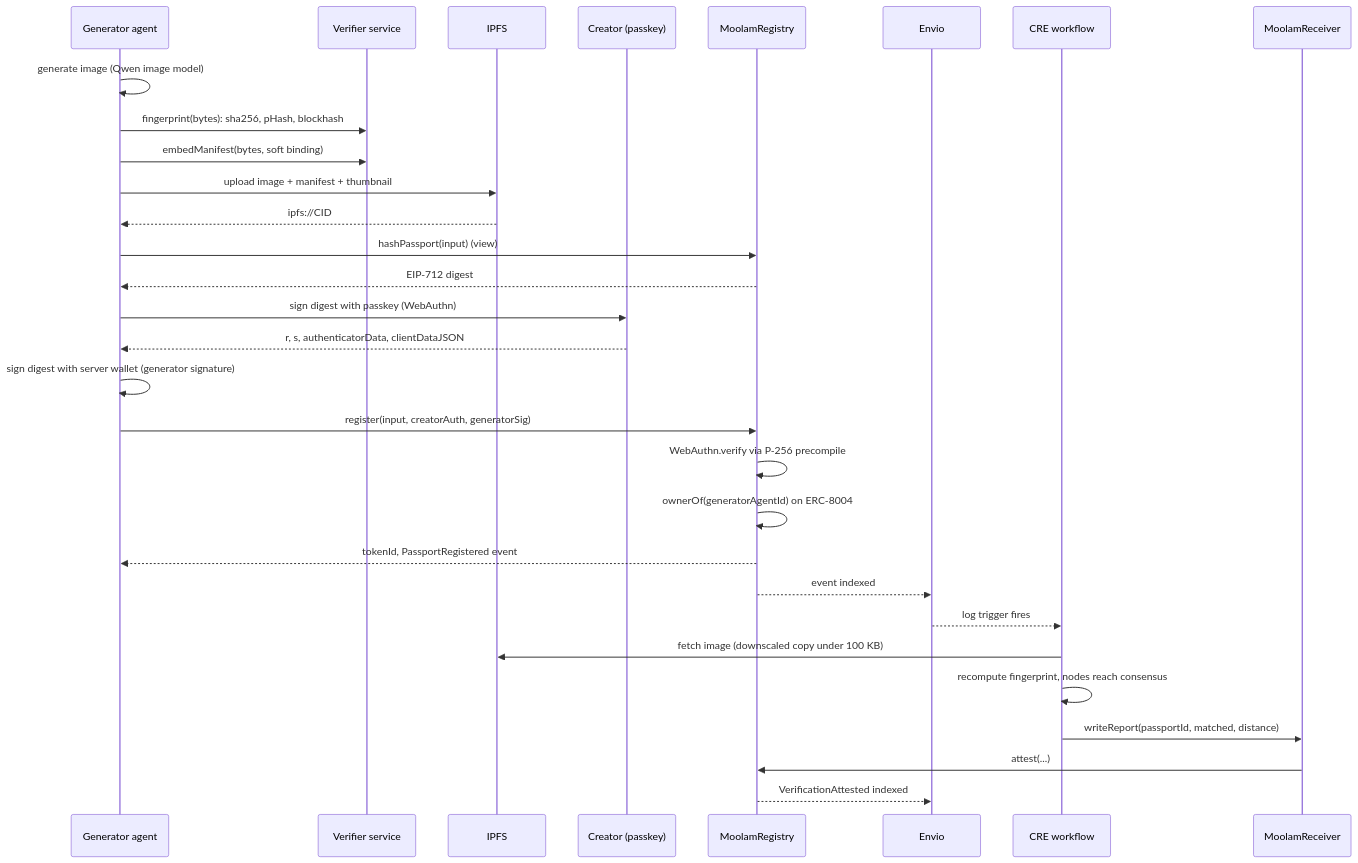
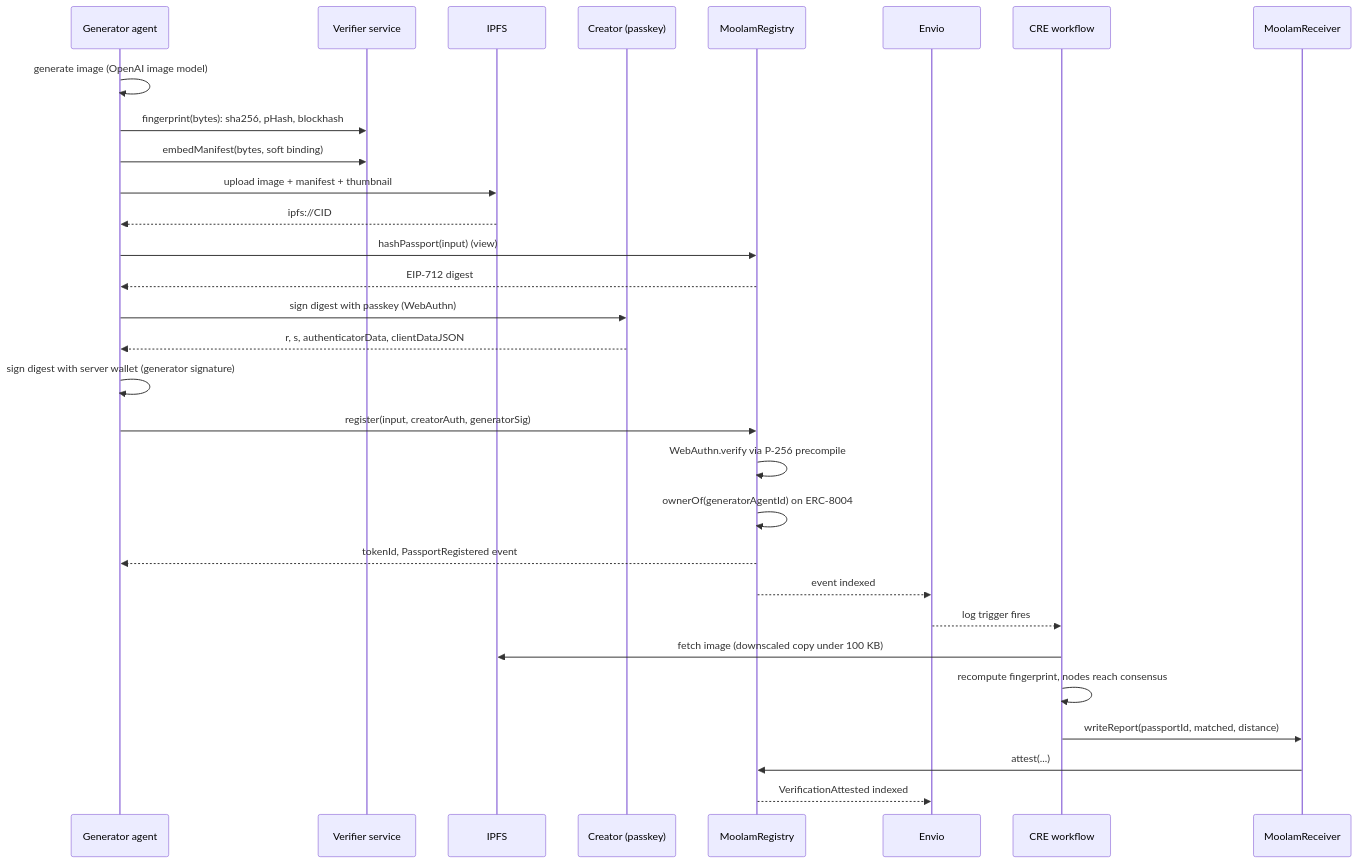
The second of 3 diagrams in ARCHITECTURE.md (ramakrishnanhulk20/Moolam), drawn with Mermaid before and after one commit. The commit also changed other lines of this file, not shown here.

Commit message:
docs: note generator agent runs on openai

````diff
--- a/ARCHITECTURE.md
+++ b/ARCHITECTURE.md
@@ -51,33 +51,33 @@
 ```mermaid
 sequenceDiagram
     participant A as Generator agent
     participant S as Verifier service
     participant F as IPFS
     participant C as Creator (passkey)
     participant R as MoolamRegistry
     participant X as Envio
     participant W as CRE workflow
     participant RC as MoolamReceiver
 
-    A->>A: generate image (Qwen image model)
+    A->>A: generate image (OpenAI image model)
     A->>S: fingerprint(bytes): sha256, pHash, blockhash
     A->>S: embedManifest(bytes, soft binding)
     A->>F: upload image + manifest + thumbnail
     F-->>A: ipfs://CID
     A->>R: hashPassport(input) (view)
     R-->>A: EIP-712 digest
     A->>C: sign digest with passkey (WebAuthn)
     C-->>A: r, s, authenticatorData, clientDataJSON
     A->>A: sign digest with server wallet (generator signature)
     A->>R: register(input, creatorAuth, generatorSig)
     R->>R: WebAuthn.verify via P-256 precompile
     R->>R: ownerOf(generatorAgentId) on ERC-8004
     R-->>A: tokenId, PassportRegistered event
     R-->>X: event indexed
     X-->>W: log trigger fires
     W->>F: fetch image (downscaled copy under 100 KB)
     W->>W: recompute fingerprint, nodes reach consensus
     W->>RC: writeReport(passportId, matched, distance)
     RC->>R: attest(...)
     R-->>X: VerificationAttested indexed
 ```
````
